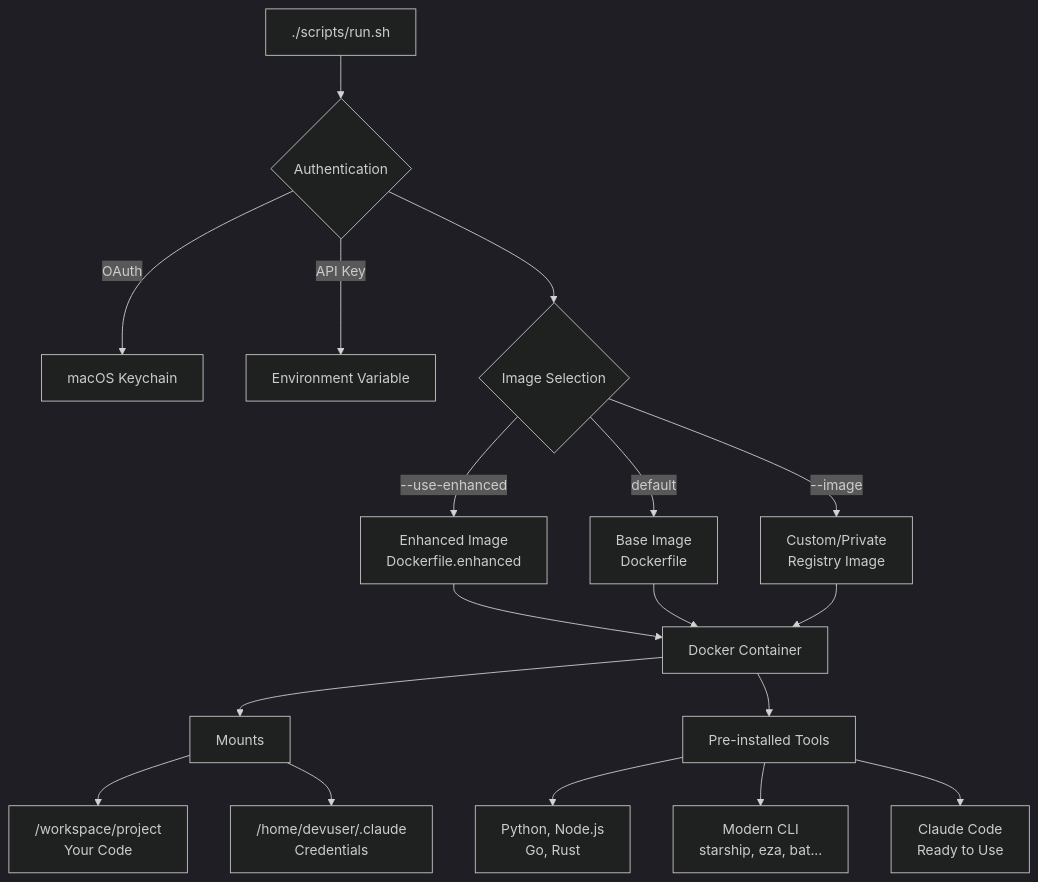
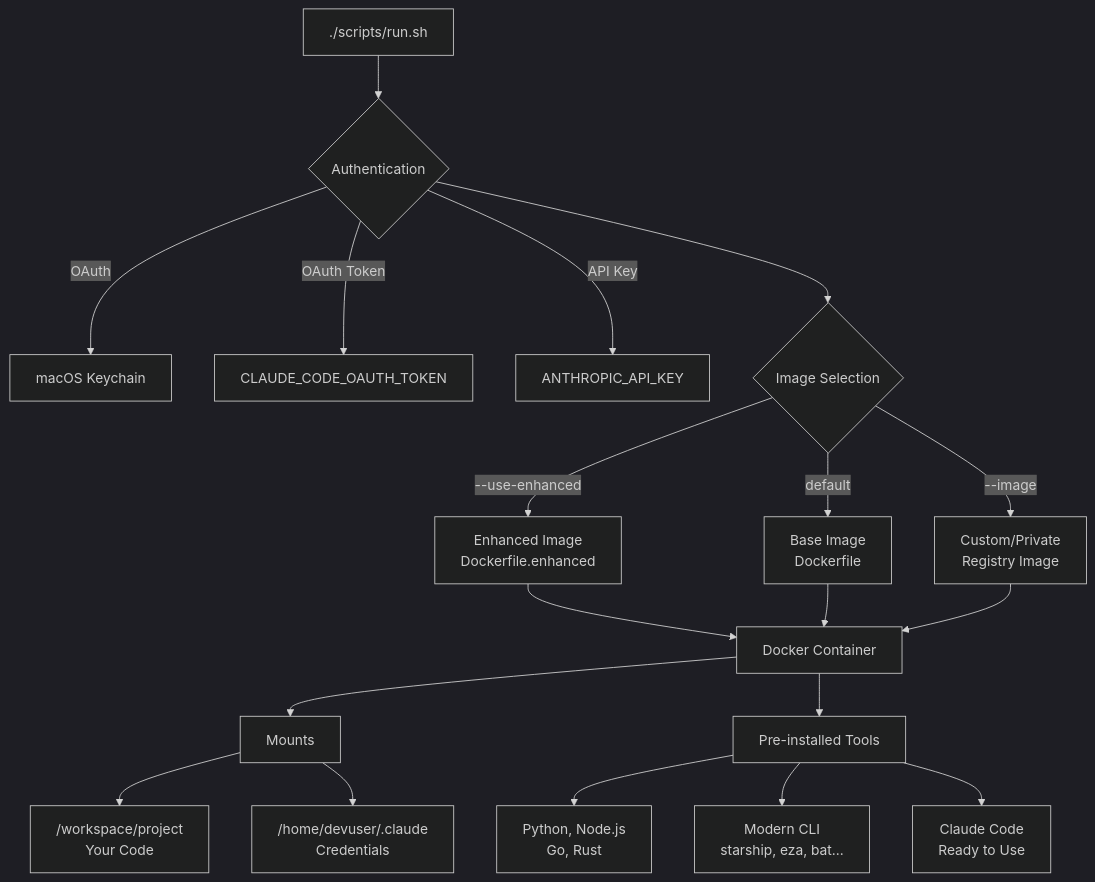
One commit to grandcamel/claude-devcontainer changed the diagram in README.md. Above: the diagram before and after it, drawn with Mermaid (dark theme). The commit also changed other lines of this file and 3 other files, not shown here.

First line of the commit message:
feat: add CLAUDE_CODE_OAUTH_TOKEN authentication support

````diff
--- a/README.md
+++ b/README.md
@@ -458,22 +459,23 @@
 ```mermaid
 flowchart TD
     U["./scripts/run.sh"] --> AUTH{"Authentication"}
     AUTH -->|OAuth| KC["macOS Keychain"]
-    AUTH -->|API Key| ENV["Environment Variable"]
+    AUTH -->|OAuth Token| OT["CLAUDE_CODE_OAUTH_TOKEN"]
+    AUTH -->|API Key| ENV["ANTHROPIC_API_KEY"]
 
     AUTH --> IMG{"Image Selection"}
     IMG -->|--use-enhanced| ENH["Enhanced Image<br/>Dockerfile.enhanced"]
     IMG -->|default| BASE["Base Image<br/>Dockerfile"]
     IMG -->|--image| CUSTOM["Custom/Private<br/>Registry Image"]
 
     ENH & BASE & CUSTOM --> RUN["Docker Container"]
 
     RUN --> MOUNT["Mounts"]
     MOUNT --> PROJ["/workspace/project<br/>Your Code"]
     MOUNT --> CREDS["/home/devuser/.claude<br/>Credentials"]
 
     RUN --> TOOLS["Pre-installed Tools"]
     TOOLS --> LANG["Python, Node.js<br/>Go, Rust"]
     TOOLS --> CLI["Modern CLI<br/>starship, eza, bat..."]
     TOOLS --> CLAUDE["Claude Code<br/>Ready to Use"]
 ```
````
